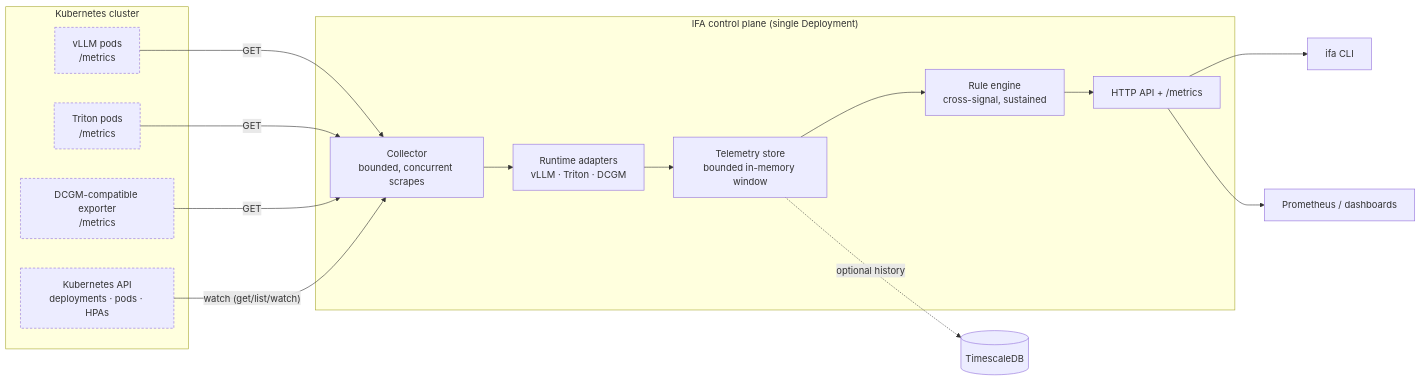
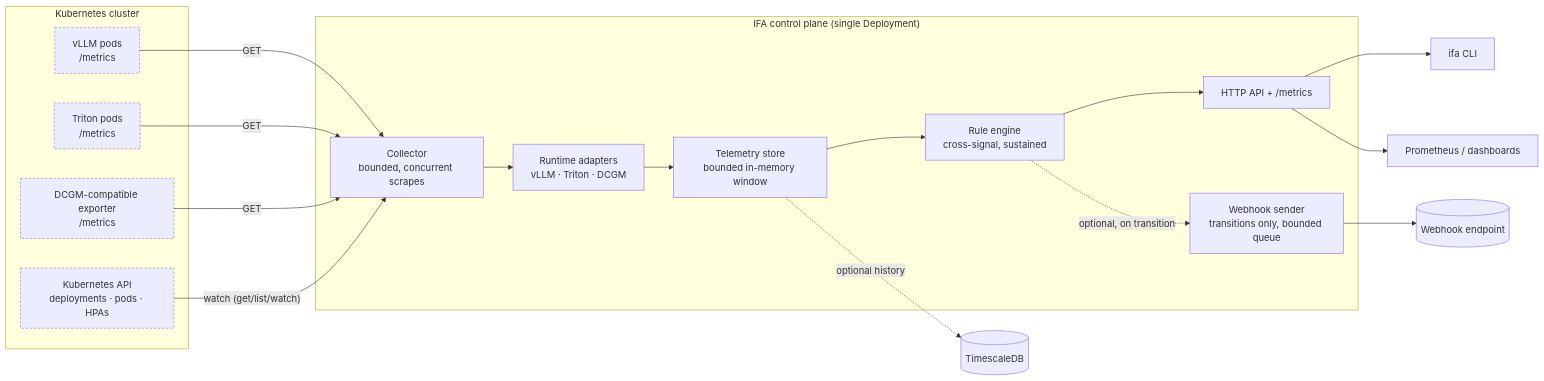
One commit to p95labs/ifa changed the diagram in README.md. Above: the diagram before and after it, drawn with Mermaid. The commit also changed other lines of this file and 13 other files, not shown here.

````diff
--- a/README.md
+++ b/README.md
@@ -88,31 +88,33 @@
 ```mermaid
 flowchart LR
   subgraph cluster["Kubernetes cluster"]
     vllm["vLLM pods<br/>/metrics"]
     triton["Triton pods<br/>/metrics"]
     dcgm["DCGM-compatible exporter<br/>/metrics"]
     api["Kubernetes API<br/>deployments · pods · HPAs"]
   end
 
   subgraph ifa["IFA control plane (single Deployment)"]
     collector["Collector<br/>bounded, concurrent scrapes"]
     adapters["Runtime adapters<br/>vLLM · Triton · DCGM"]
     store["Telemetry store<br/>bounded in-memory window"]
     engine["Rule engine<br/>cross-signal, sustained"]
     http["HTTP API + /metrics"]
+    alerts["Webhook sender<br/>transitions only, bounded queue"]
   end
 
   vllm -- "GET" --> collector
   triton -- "GET" --> collector
   dcgm -- "GET" --> collector
   api -- "watch (get/list/watch)" --> collector
 
   collector --> adapters --> store --> engine --> http
   store -. "optional history" .-> ts[("TimescaleDB")]
 
   http --> cli["ifa CLI"]
   http --> prom["Prometheus / dashboards"]
+  engine -. "optional, on transition" .-> alerts --> hook[("Webhook endpoint")]
 
   classDef ro stroke-dasharray: 4 3;
   class vllm,triton,dcgm,api ro;
 ```
````
